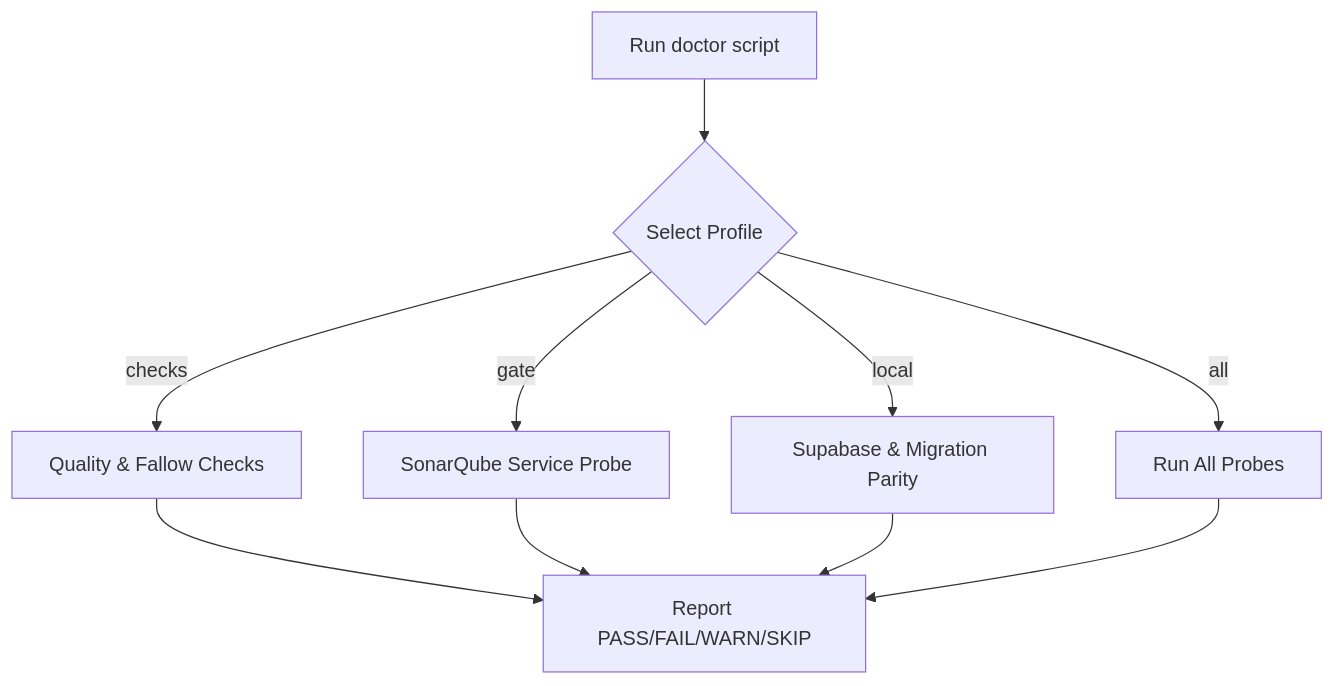
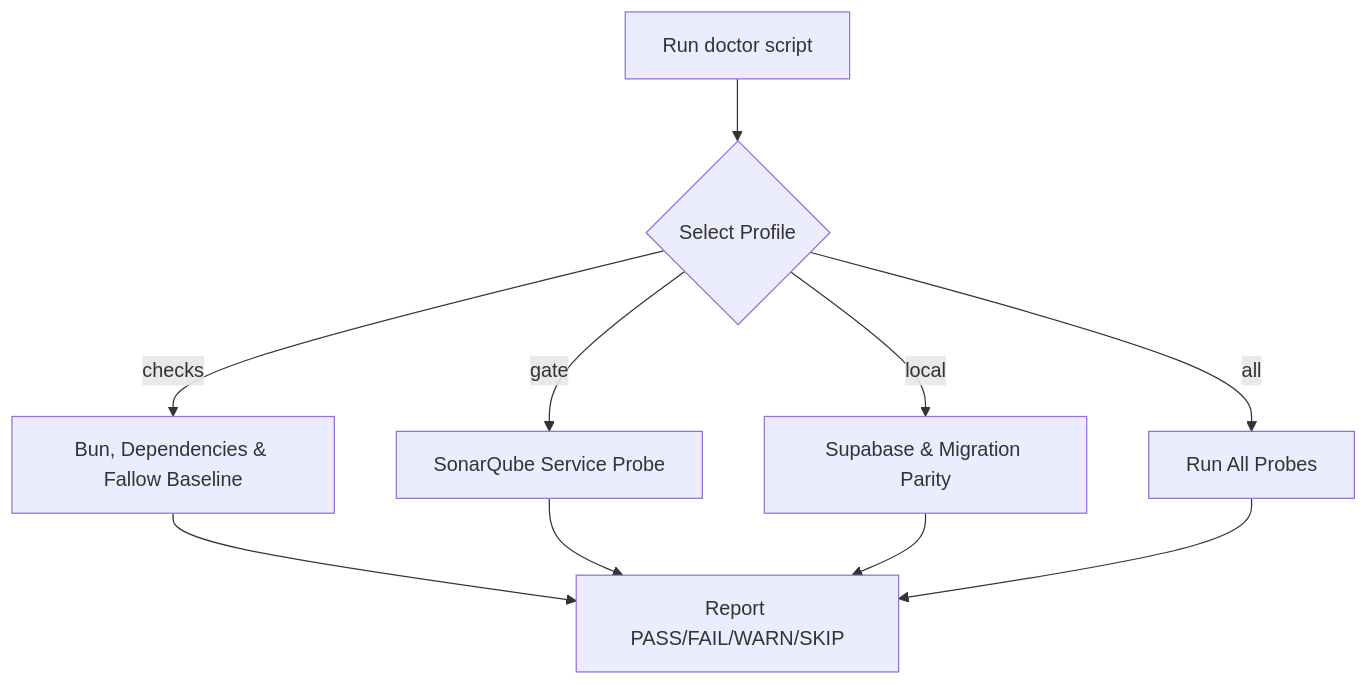
The first of 3 diagrams in .cubic/wiki/05-section-frontend/03-p-admin-ui.md (immagiov4/Nous), drawn with Mermaid before and after one commit. The commit also changed other lines of this file and 6 other files, not shown here.

````diff
--- a/.cubic/wiki/05-section-frontend/03-p-admin-ui.md
+++ b/.cubic/wiki/05-section-frontend/03-p-admin-ui.md
@@ -29,12 +29,12 @@
 ```mermaid
 flowchart TD
     Start[Run doctor script] --> Profile{Select Profile}
-    Profile -- checks --> Quality[Quality & Fallow Checks]
+    Profile -- checks --> Environment[Bun, Dependencies & Fallow Baseline]
     Profile -- gate --> Sonar[SonarQube Service Probe]
     Profile -- local --> Supabase[Supabase & Migration Parity]
     Profile -- all --> Combined[Run All Probes]
-    Quality --> Results[Report PASS/FAIL/WARN/SKIP]
+    Environment --> Results[Report PASS/FAIL/WARN/SKIP]
     Sonar --> Results
     Supabase --> Results
     Combined --> Results
 ```
````
